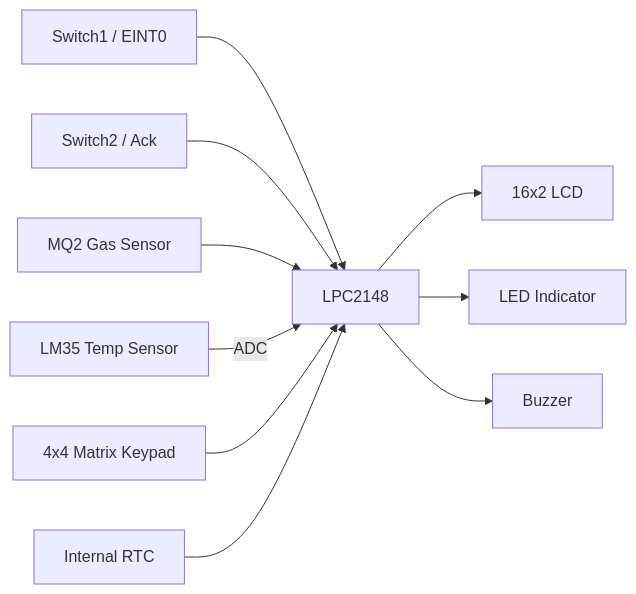
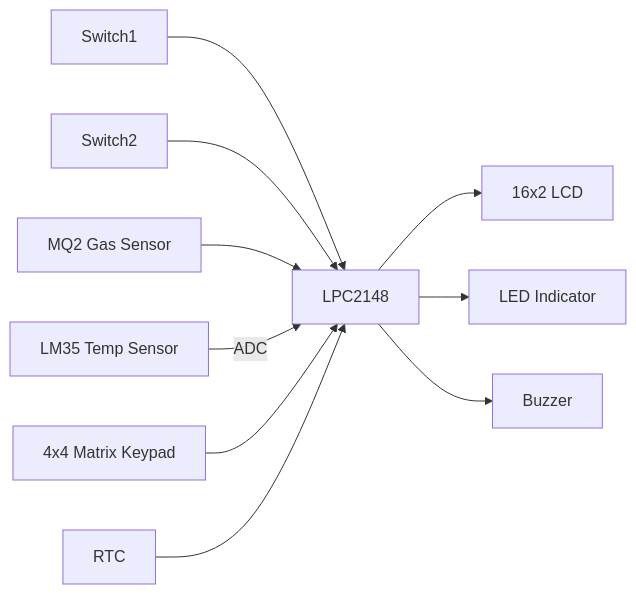
The first of 8 diagrams in README.md (HariKrishna-1713/Kitchen-Safety-Heat-and-Gas-Monitoring-System), drawn with Mermaid before and after one commit. The commit also changed other lines of this file, not shown here.

Commit message:
Update README for Switch1 terminology and formatting

````diff
--- a/README.md
+++ b/README.md
@@ -59,13 +73,13 @@
 ```mermaid
 flowchart LR
-    SW1[Switch1 / EINT0] --> MCU
-    SW2[Switch2 / Ack] --> MCU
+    SW1[Switch1] --> MCU
+    SW2[Switch2] --> MCU
     MQ2[MQ2 Gas Sensor] --> MCU
     LM35[LM35 Temp Sensor] -->|ADC| MCU
     KEYPAD[4x4 Matrix Keypad] --> MCU
-    RTC[Internal RTC] --> MCU
+    RTC[RTC] --> MCU
 
     MCU[LPC2148] --> LCD[16x2 LCD]
     MCU --> LED[LED Indicator]
     MCU --> BUZ[Buzzer]
 ```
````
